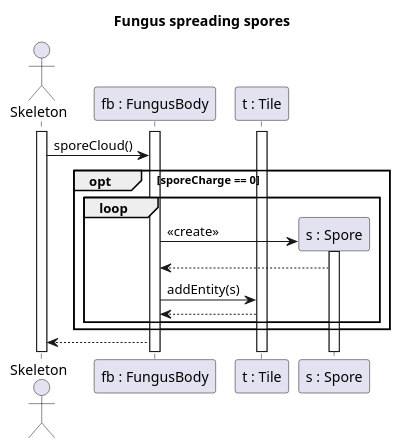
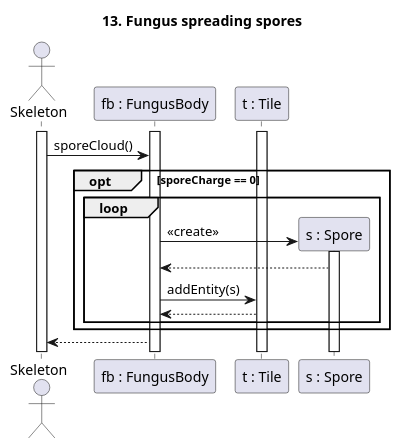
The diagram in diagrams/diagramFiles/SQ_FungusSpores.puml (Harcipan/Projlab_nullpointerexception), drawn with PlantUML before and after one commit. The commit also changed 19 other files, not shown here.

Commit message:
numbered sq diagrams

```diff
--- a/diagrams/diagramFiles/SQ_FungusSpores.puml
+++ b/diagrams/diagramFiles/SQ_FungusSpores.puml
@@ -1,28 +1,28 @@
 @startuml Fungus spores
 
-title Fungus spreading spores
+title 13. Fungus spreading spores
 
 actor "Skeleton" as Ac
 participant "fb : FungusBody" as Fb
 participant "t : Tile" as T
 participant "s : Spore" as S
 
 activate Ac
 activate Fb
 activate T
 
 Ac -> Fb : sporeCloud()
 opt sporeCharge == 0
 loop 
 Fb -> S ** : <<create>>
 activate S
 S --> Fb
 Fb -> T : addEntity(s)
 T-->Fb
 
 end
 end
 Fb --> Ac
 
 
 @enduml
```
